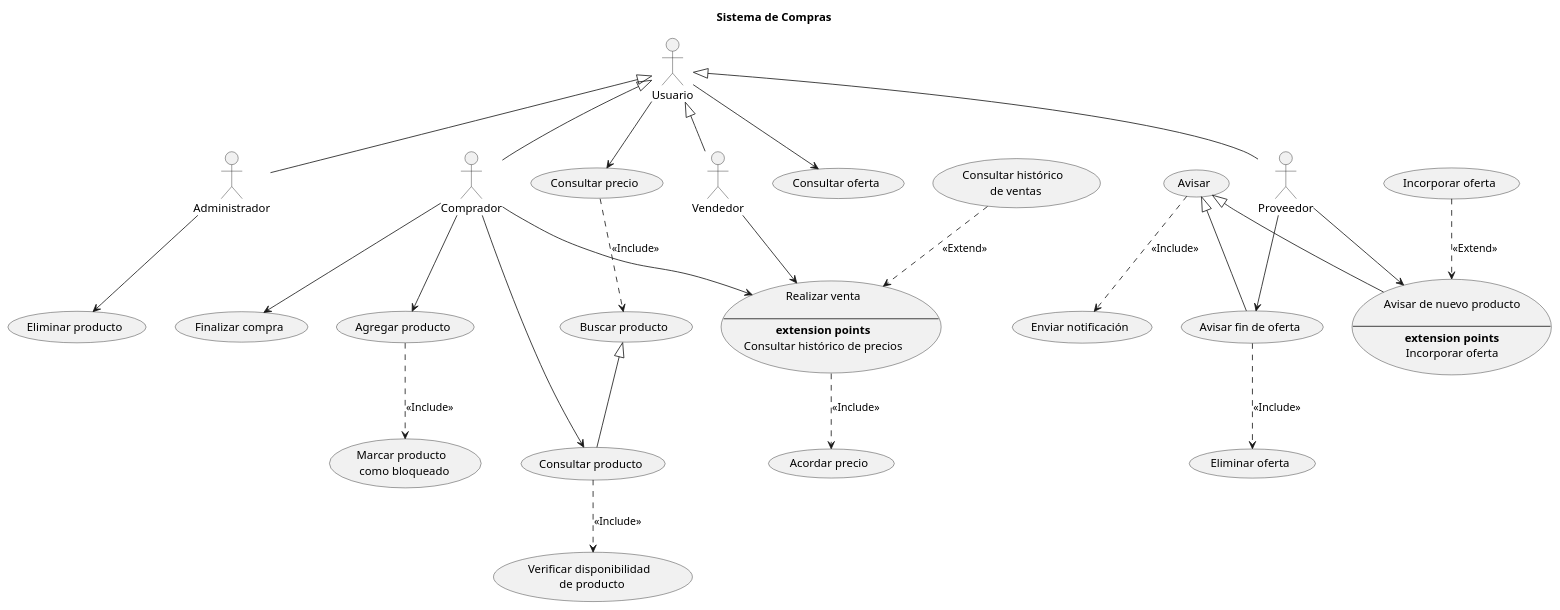
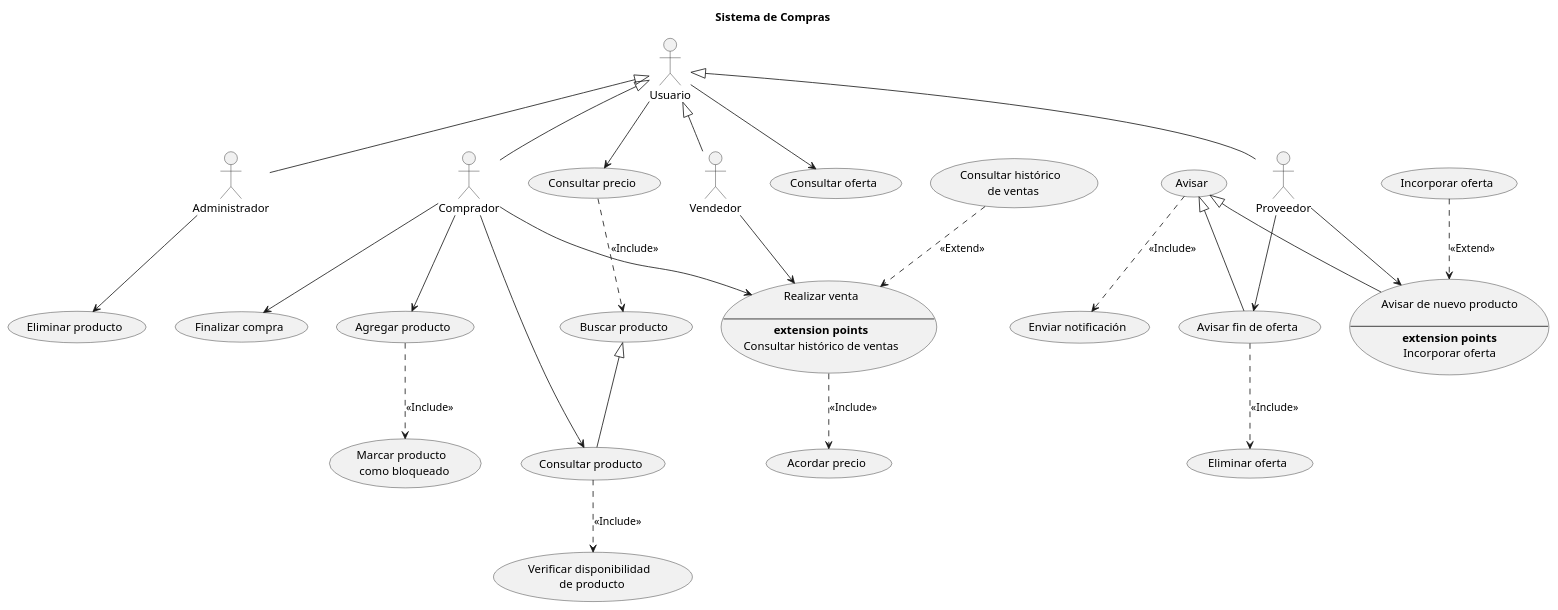
Before and after one commit to emg842/INRE-UAL-ROJO-2022: the diagram in LAB0/src/sistema_de_compras.puml, drawn with PlantUML.

Commit message:
arreglo detalle diagrama de casos de uso sistema de compras

```diff
--- a/LAB0/src/sistema_de_compras.puml
+++ b/LAB0/src/sistema_de_compras.puml
@@ -1,67 +1,67 @@
 @startuml sistema_de_compras
 
 title Sistema de Compras
 
 :Administrador: as A1
 :Comprador: as A2
 :Proveedor: as A3
 :Usuario: as A4
 :Vendedor: as A5
 
 (Acordar precio) as UC1
 (Agregar producto)  as UC2
 (Avisar)  as UC3
 usecase UC4 as "Avisar de nuevo producto
 
 --
 **extension points**
 Incorporar oferta"
 (Avisar fin de oferta) as UC5
 (Buscar producto) as UC6
 (Consultar histórico \n de ventas) as UC7
 (Consultar oferta) as UC8
 (Consultar precio) as UC9
 (Consultar producto) as UC10
 (Eliminar oferta) as UC11
 (Eliminar producto) as UC12
 (Enviar notificación) as UC13
 (Finalizar compra) as UC14
 (Incorporar oferta) as UC15
 (Marcar producto \n como bloqueado) as UC16
 usecase UC17 as "Realizar venta
 
 --
 **extension points**
-Consultar histórico de precios"
+Consultar histórico de ventas"
 (Verificar disponibilidad \n de producto) as UC18
 
 A1 --> UC12
 A2 --> UC2
 A2 --> UC10
 A2 --> UC14
 A2 --> UC17
 A3 --> UC4
 A3 --> UC5
 A4 --> UC8
 A4 --> UC9
 A5 --> UC17
 
 A4 <|-- A1
 A4 <|-- A2
 A4 <|-- A3
 A4 <|-- A5
 UC3 <|-- UC4
 UC3 <|-- UC5
 UC6 <|-- UC10
 
 UC7 ..> UC17 : <<Extend>>
 UC15 ..> UC4 : <<Extend>>
 
 UC2 ..> UC16 : <<Include>>
 UC3 ..> UC13 : <<Include>>
 UC5 ..> UC11 : <<Include>>
 UC9 ..> UC6 : <<Include>>
 UC10 ..> UC18 : <<Include>>
 UC17 ..> UC1 : <<Include>>
 
 @enduml
```
